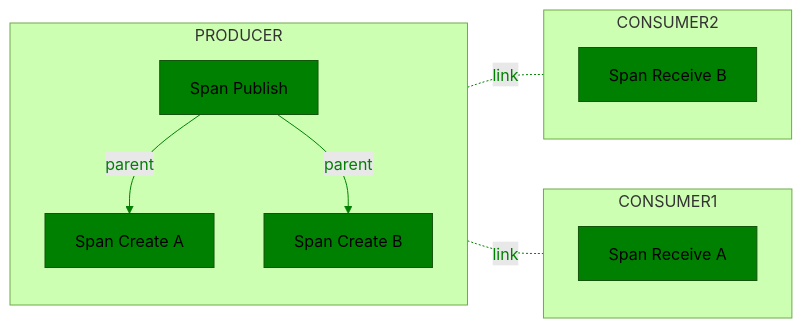
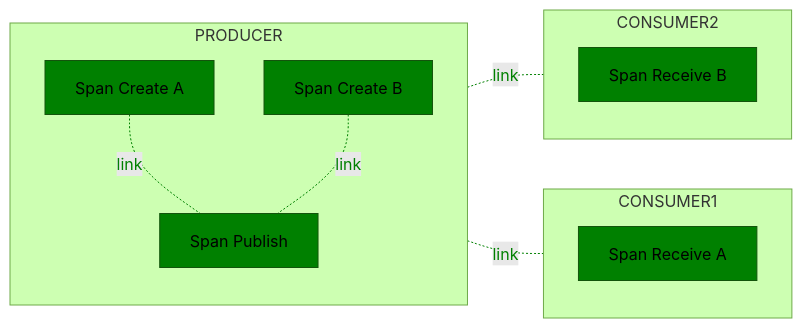
The third of 3 diagrams in docs/messaging/messaging-spans.md (open-telemetry/semantic-conventions), drawn with Mermaid (forest theme) before and after one commit. The commit also changed other lines of this file, not shown here.

Commit message:
WG discussions

````diff
--- a/docs/messaging/messaging-spans.md
+++ b/docs/messaging/messaging-spans.md
@@ -562,25 +562,25 @@
 ```mermaid
 flowchart LR;
   subgraph PRODUCER
   direction TB
-  P[Span Publish]
   CA[Span Create A]
   CB[Span Create B]
+  P[Span Publish]
   end
   subgraph CONSUMER1
   direction TB
   D1[Span Receive A]
   end
   subgraph CONSUMER2
   direction TB
   D2[Span Receive B]
   end
-  P-- parent -->CA;
-  P-- parent -->CB;
+  CA-. link .-P;
+  CB-. link .-P;
   CA-. link .-D1;
   CB-. link .-D2;
 
   classDef normal fill:green
   class P,CA,CB,D1,D2 normal
   linkStyle 0,1,2,3 color:green,stroke:green
 ```
````
